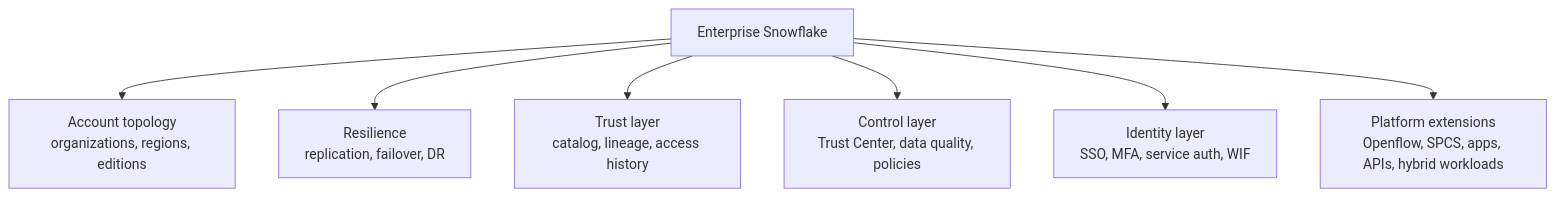
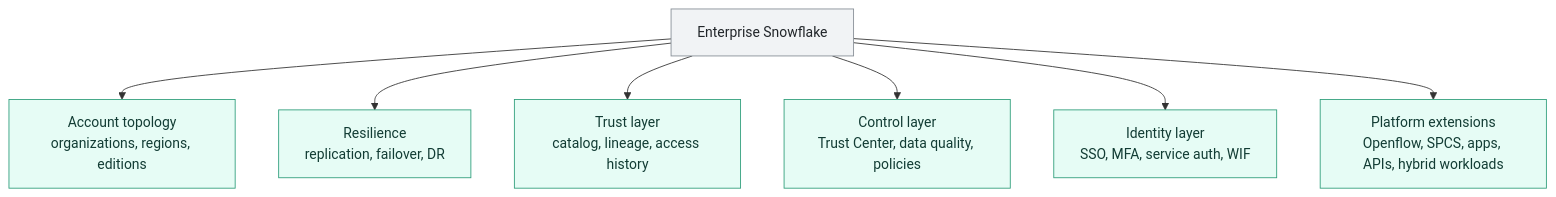
The diagram in 01 Snowflake/08 Enterprise Snowflake in Production/Enterprise Snowflake in Production Overview.md (shonningsoy/Upskill), drawn with Mermaid before and after one commit. The commit also changed other lines of this file and 6 other files, not shown here.

````diff
--- a/01 Snowflake/08 Enterprise Snowflake in Production/Enterprise Snowflake in Production Overview.md
+++ b/01 Snowflake/08 Enterprise Snowflake in Production/Enterprise Snowflake in Production Overview.md
@@ -58,9 +32,18 @@
 ```mermaid
 flowchart TD
     A["Enterprise Snowflake"] --> B["Account topology<br/>organizations, regions, editions"]
     A --> C["Resilience<br/>replication, failover, DR"]
     A --> D["Trust layer<br/>catalog, lineage, access history"]
     A --> E["Control layer<br/>Trust Center, data quality, policies"]
     A --> F["Identity layer<br/>SSO, MFA, service auth, WIF"]
     A --> G["Platform extensions<br/>Openflow, SPCS, apps, APIs, hybrid workloads"]
+
+    classDef input fill:#E8F0FE,stroke:#4C6EF5,color:#172B4D
+    classDef control fill:#FFF3BF,stroke:#D69E2E,color:#3D2E00
+    classDef snowflake fill:#E6FCF5,stroke:#2F9E7B,color:#123C34
+    classDef platform fill:#F1F3F5,stroke:#868E96,color:#212529
+    classDef output fill:#F3E8FF,stroke:#805AD5,color:#2D1B4E
+
+    class A platform
+    class B,C,D,E,F,G snowflake
 ```
````
